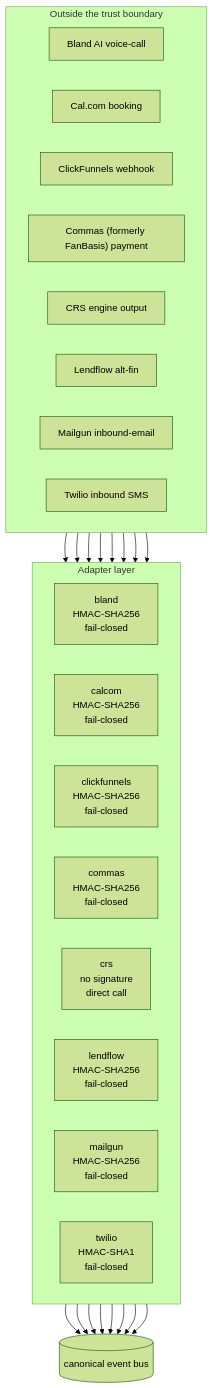
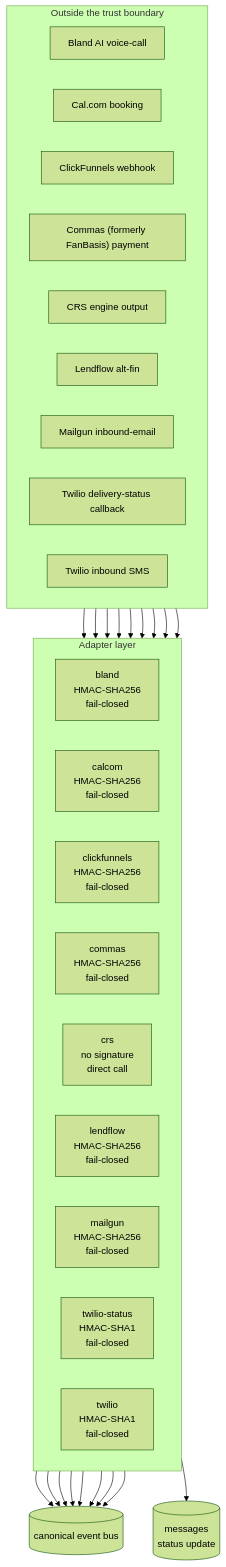
The diagram in docs/diagrams/adapter-boundary.md (ZootimusMaximusBackup/fundhub-platform), drawn with Mermaid (forest theme) before and after one commit. The commit also changed other lines of this file and 5 other files, not shown here.

First line of the commit message:
Regenerate the adapter diagrams for the new delivery-status adapter

````diff
--- a/docs/diagrams/adapter-boundary.md
+++ b/docs/diagrams/adapter-boundary.md
@@ -10,43 +10,47 @@
 ```mermaid
 flowchart TB
   subgraph OUTSIDE[Outside the trust boundary]
     direction LR
     o_bland["Bland AI voice-call"]
     o_calcom["Cal.com booking"]
     o_clickfunnels["ClickFunnels webhook"]
     o_commas["Commas (formerly FanBasis) payment"]
     o_crs["CRS engine output"]
     o_lendflow["Lendflow alt-fin"]
     o_mailgun["Mailgun inbound-email"]
+    o_twilio_status["Twilio delivery-status callback"]
     o_twilio["Twilio inbound SMS"]
   end
   subgraph BOUNDARY[Adapter layer]
     direction LR
     b_bland["bland<br/>HMAC-SHA256<br/>fail-closed"]
     b_calcom["calcom<br/>HMAC-SHA256<br/>fail-closed"]
     b_clickfunnels["clickfunnels<br/>HMAC-SHA256<br/>fail-closed"]
     b_commas["commas<br/>HMAC-SHA256<br/>fail-closed"]
     b_crs["crs<br/>no signature<br/>direct call"]
     b_lendflow["lendflow<br/>HMAC-SHA256<br/>fail-closed"]
     b_mailgun["mailgun<br/>HMAC-SHA256<br/>fail-closed"]
+    b_twilio_status["twilio-status<br/>HMAC-SHA1<br/>fail-closed"]
     b_twilio["twilio<br/>HMAC-SHA1<br/>fail-closed"]
   end
   BUS[(canonical event bus)]
 
   o_bland --> b_bland
   b_bland --> BUS
   o_calcom --> b_calcom
   b_calcom --> BUS
   o_clickfunnels --> b_clickfunnels
   b_clickfunnels --> BUS
   o_commas --> b_commas
   b_commas --> BUS
   o_crs --> b_crs
   b_crs --> BUS
   o_lendflow --> b_lendflow
   b_lendflow --> BUS
   o_mailgun --> b_mailgun
   b_mailgun --> BUS
+  o_twilio_status --> b_twilio_status
+  b_twilio_status --> DB_twilio_status[("messages<br/>status update")]
   o_twilio --> b_twilio
   b_twilio --> BUS
 ```
````
